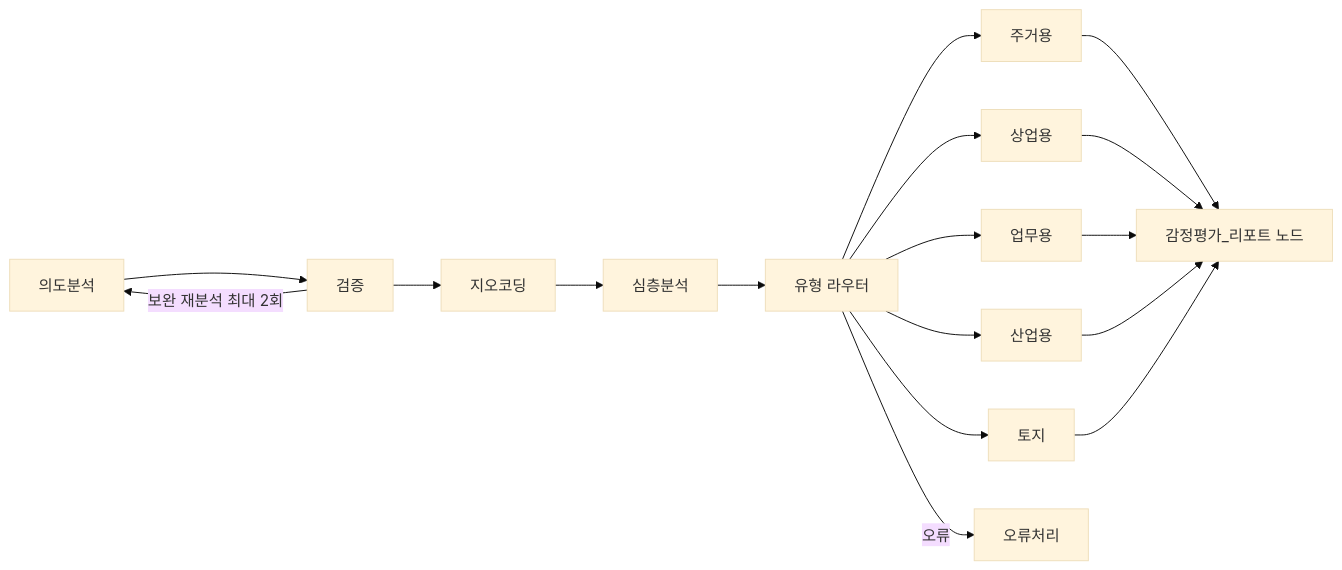
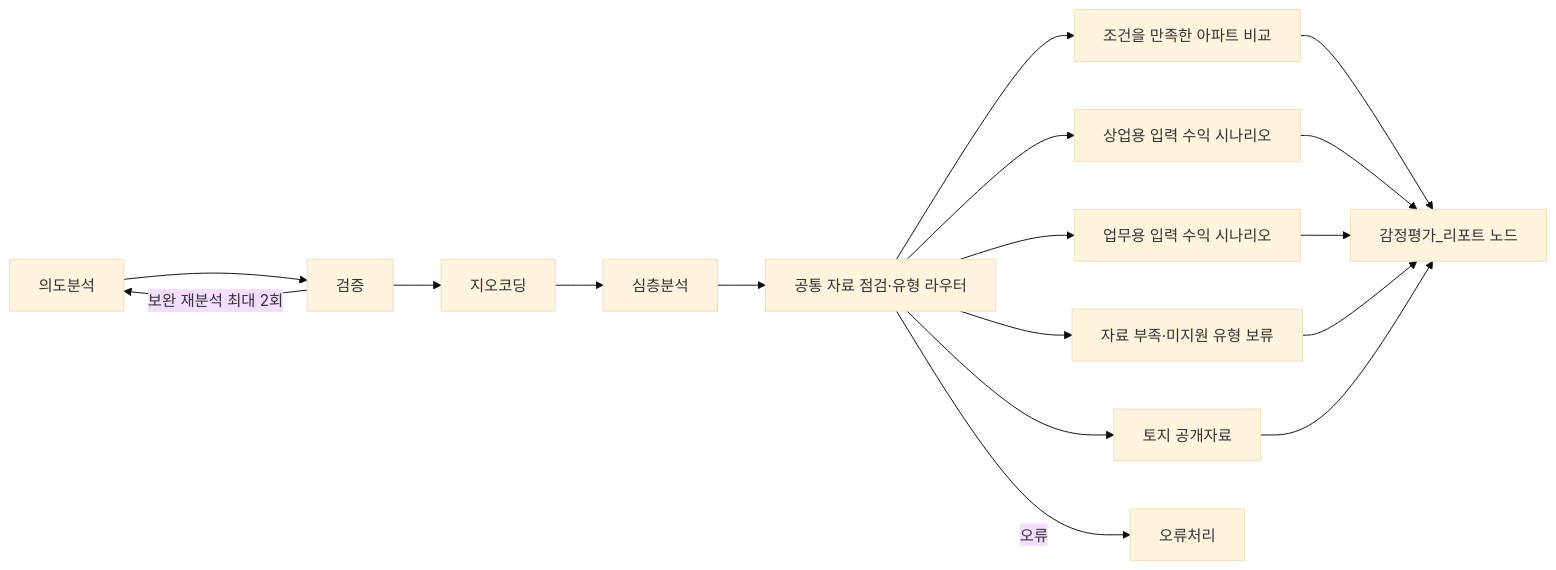
Before and after one commit to pth6254/property_concierge: the third of 3 diagrams in docs/architecture.md, drawn with Mermaid (base theme). The commit also changed other lines of this file and 70 other files, not shown here.

````diff
--- a/docs/architecture.md
+++ b/docs/architecture.md
@@ -510,19 +510,19 @@
 ```mermaid
 flowchart LR
     Intent[의도분석] --> Validate[검증]
     Validate -->|보완 재분석 최대 2회| Intent
     Validate --> Geo[지오코딩]
     Geo --> Deep[심층분석]
-    Deep --> Router[유형 라우터]
-    Router --> Residential[주거용]
-    Router --> Commercial[상업용]
-    Router --> Office[업무용]
-    Router --> Industrial[산업용]
-    Router --> Land[토지]
+    Deep --> Router[공통 자료 점검·유형 라우터]
+    Router --> Residential[조건을 만족한 아파트 비교]
+    Router --> Commercial[상업용 입력 수익 시나리오]
+    Router --> Office[업무용 입력 수익 시나리오]
+    Router --> Held[자료 부족·미지원 유형 보류]
+    Router --> Land[토지 공개자료]
     Residential --> Report[감정평가_리포트 노드]
     Commercial --> Report
     Office --> Report
-    Industrial --> Report
+    Held --> Report
     Land --> Report
     Router -->|오류| Error[오류처리]
 ```
````
